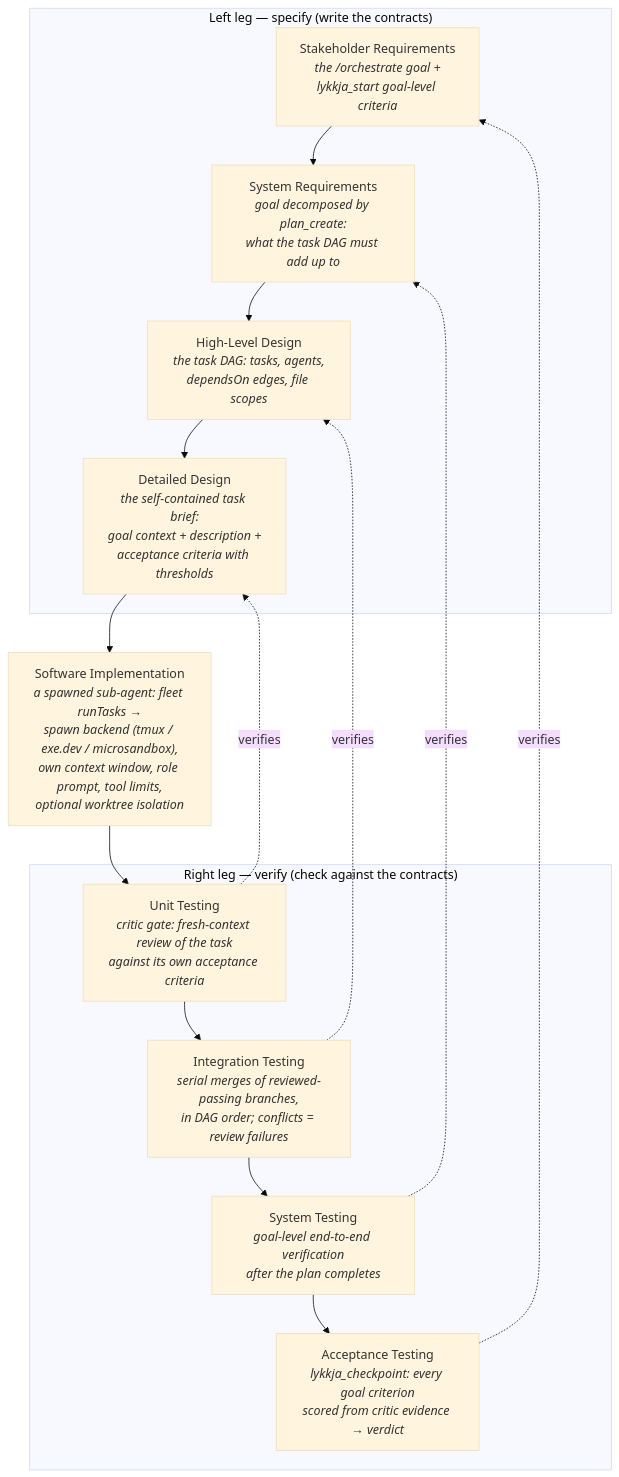
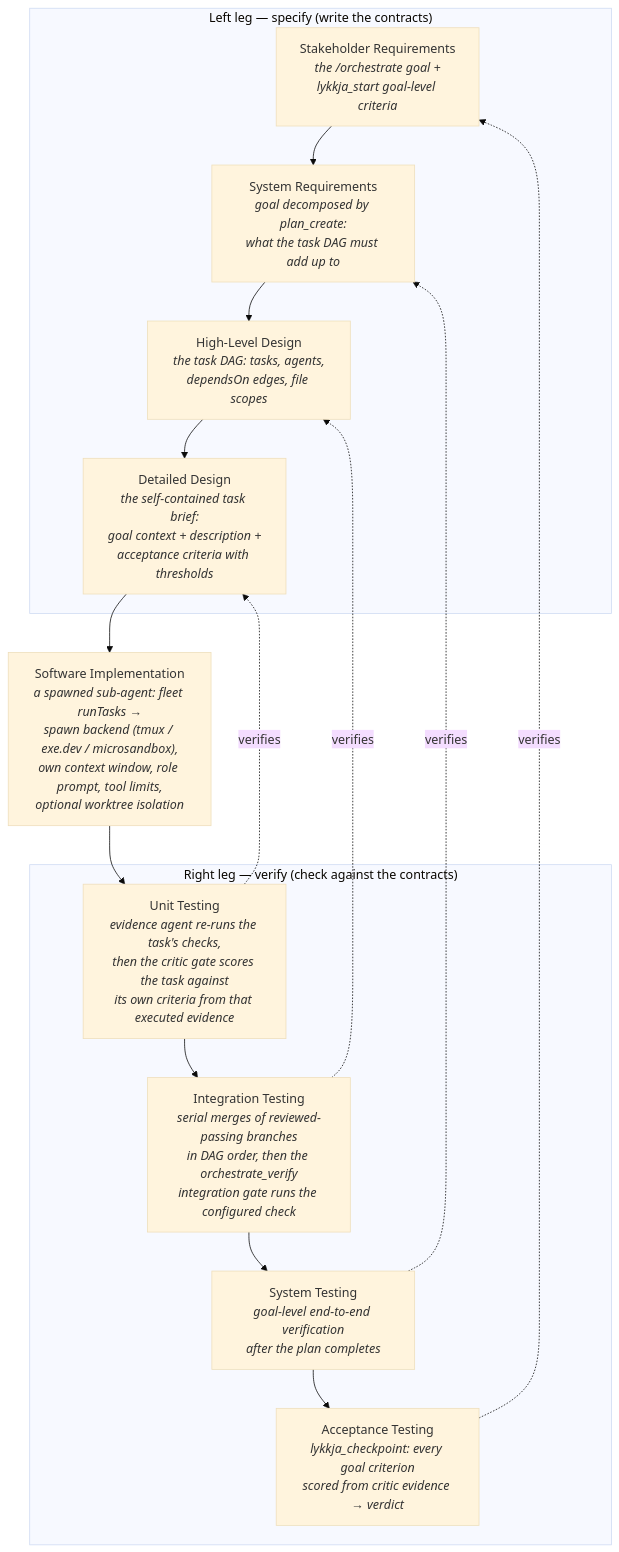
Before and after one commit to ulvestuen/pi-kit: the first of 2 diagrams in docs/micro-vave-execution-model.md, drawn with Mermaid (base theme). The commit also changed other lines of this file and 13 other files, not shown here.

First line of the commit message:
Align pi-kit with the Micro-V'ave model: integration gate, executed review evidence, plan review gate, goal-criterion coverage

````diff
--- a/docs/micro-vave-execution-model.md
+++ b/docs/micro-vave-execution-model.md
@@ -61,26 +61,26 @@
 ```mermaid
 flowchart TB
     subgraph left["Left leg — specify (write the contracts)"]
         sr["Stakeholder Requirements<br/><em>the /orchestrate goal +<br/>lykkja_start goal-level criteria</em>"]
         sys["System Requirements<br/><em>goal decomposed by plan_create:<br/>what the task DAG must add up to</em>"]
         hld["High-Level Design<br/><em>the task DAG: tasks, agents,<br/>dependsOn edges, file scopes</em>"]
         dd["Detailed Design<br/><em>the self-contained task brief:<br/>goal context + description +<br/>acceptance criteria with thresholds</em>"]
     end
 
     impl["Software Implementation<br/><em>a spawned sub-agent: fleet runTasks →<br/>spawn backend (tmux / exe.dev / microsandbox),<br/>own context window, role prompt, tool limits,<br/>optional worktree isolation</em>"]
 
     subgraph right["Right leg — verify (check against the contracts)"]
-        ut["Unit Testing<br/><em>critic gate: fresh-context review of the task<br/>against its own acceptance criteria</em>"]
-        it["Integration Testing<br/><em>serial merges of reviewed-passing branches,<br/>in DAG order; conflicts = review failures</em>"]
+        ut["Unit Testing<br/><em>evidence agent re-runs the task's checks,<br/>then the critic gate scores the task against<br/>its own criteria from that executed evidence</em>"]
+        it["Integration Testing<br/><em>serial merges of reviewed-passing branches<br/>in DAG order, then the orchestrate_verify<br/>integration gate runs the configured check</em>"]
         st["System Testing<br/><em>goal-level end-to-end verification<br/>after the plan completes</em>"]
         at["Acceptance Testing<br/><em>lykkja_checkpoint: every goal criterion<br/>scored from critic evidence → verdict</em>"]
     end
 
     sr --> sys --> hld --> dd --> impl
     impl --> ut --> it --> st --> at
 
     ut -. "verifies" .-> dd
     it -. "verifies" .-> hld
     st -. "verifies" .-> sys
     at -. "verifies" .-> sr
 ```
````
